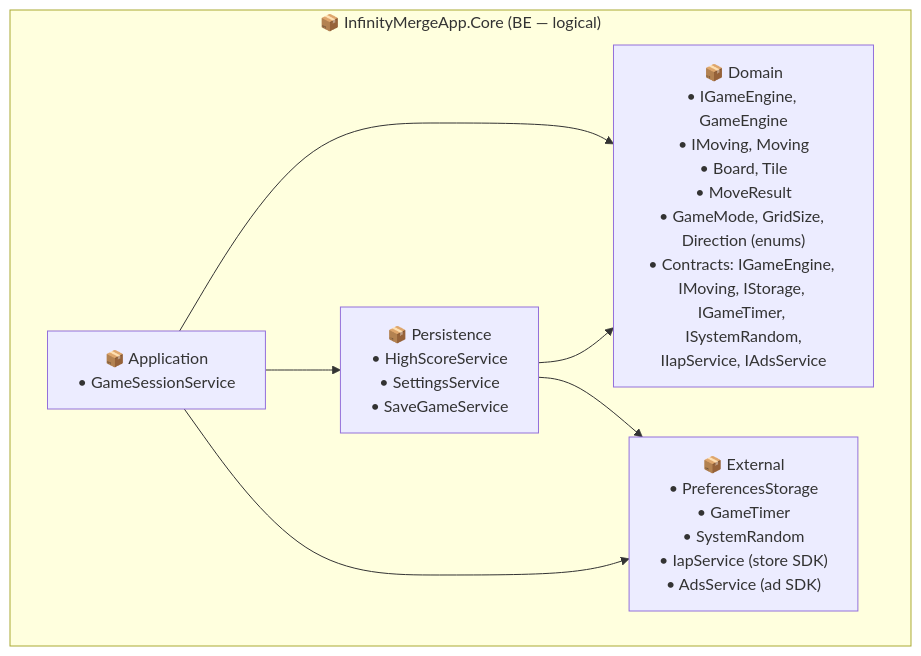
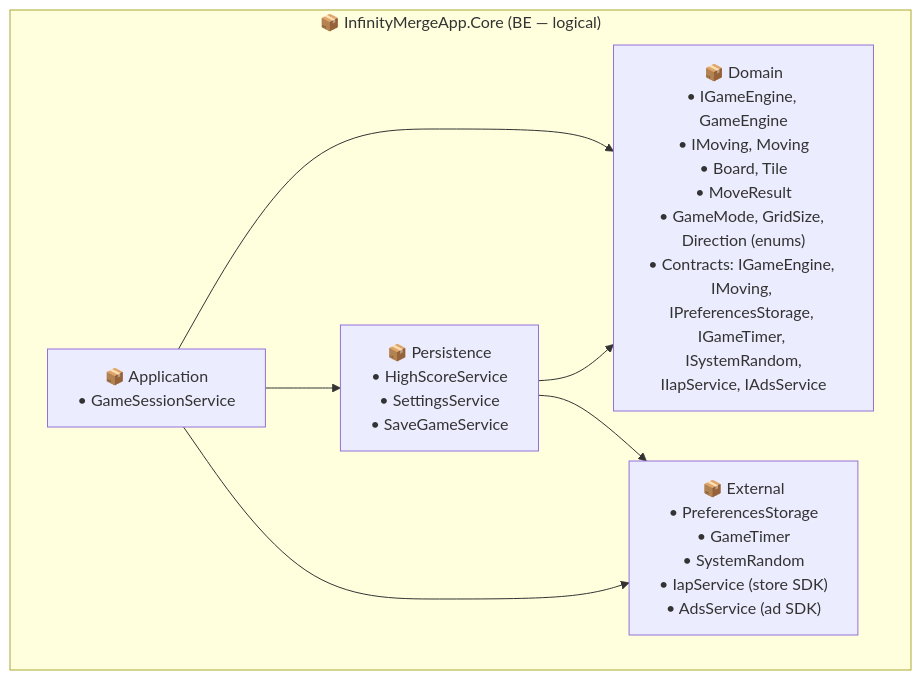
The fourth of 9 diagrams in Docs/software_design.md (LeThaiAn15112004/2048-Infinity-Merge), drawn with Mermaid before and after one commit. The commit also changed other lines of this file and 86 other files, not shown here.

````diff
--- a/Docs/software_design.md
+++ b/Docs/software_design.md
@@ -163,15 +163,15 @@
 ```mermaid
 flowchart TB
     subgraph BE["📦 InfinityMergeApp.Core (BE — logical)"]
         AppPkg["📦 Application<br/>• GameSessionService"]
-        DomainPkg["📦 Domain<br/>• IGameEngine, GameEngine<br/>• IMoving, Moving<br/>• Board, Tile<br/>• MoveResult<br/>• GameMode, GridSize, Direction (enums)<br/>• Contracts: IGameEngine, IMoving, IStorage, IGameTimer, ISystemRandom,<br/>IIapService, IAdsService"]
+        DomainPkg["📦 Domain<br/>• IGameEngine, GameEngine<br/>• IMoving, Moving<br/>• Board, Tile<br/>• MoveResult<br/>• GameMode, GridSize, Direction (enums)<br/>• Contracts: IGameEngine, IMoving, IPreferencesStorage, IGameTimer, ISystemRandom,<br/>IIapService, IAdsService"]
         PersistPkg["📦 Persistence<br/>• HighScoreService<br/>• SettingsService<br/>• SaveGameService"]
         InfraPkg["📦 External<br/>• PreferencesStorage<br/>• GameTimer<br/>• SystemRandom<br/>• IapService (store SDK)<br/>• AdsService (ad SDK)"]
     end
 
     AppPkg --> DomainPkg
     AppPkg --> PersistPkg
     AppPkg --> InfraPkg
     PersistPkg --> DomainPkg
     PersistPkg --> InfraPkg
 ```
````
